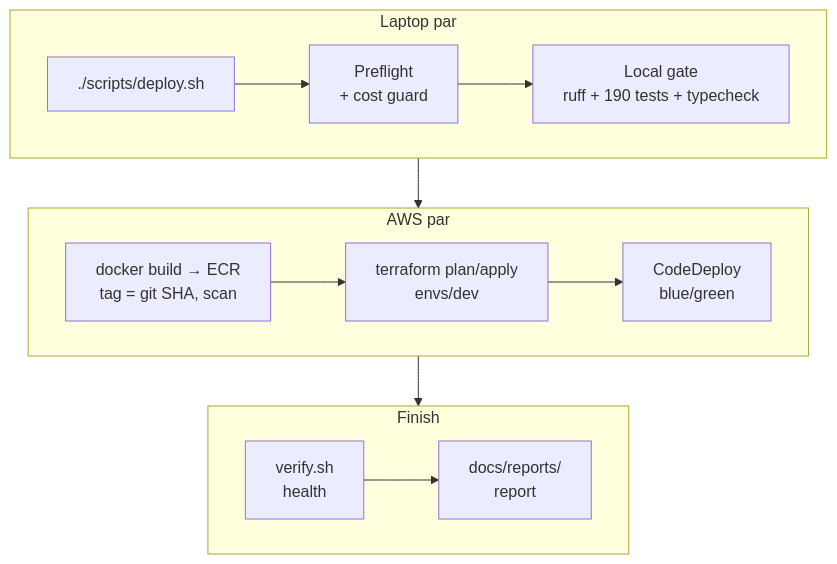
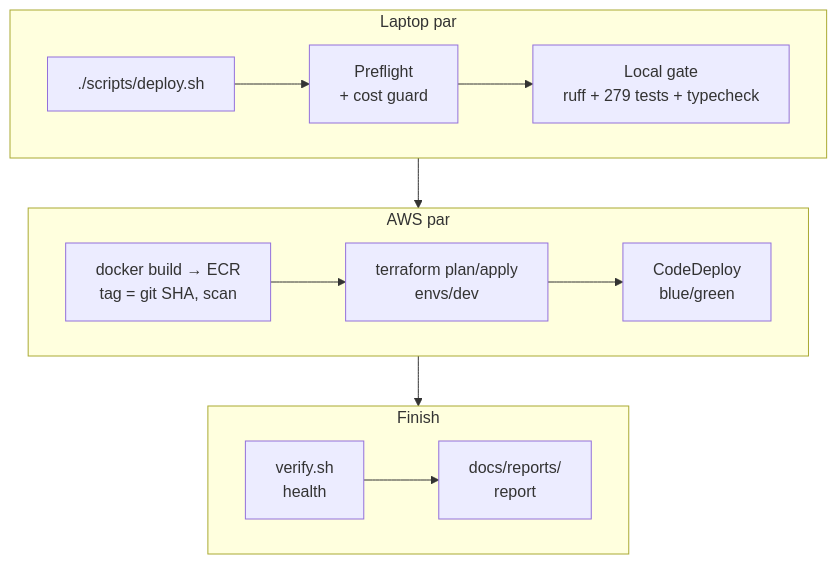
Diagram 11 of 16 in docs/handbook/ENTERPRISE_KNOWLEDGE_AUTOMATION_COMPLETE_HANDBOOK.md (Analyst-Parveen/Enterprise-Knowledge-Based-Automation), drawn with Mermaid before and after one commit. The commit also changed other lines of this file and 71 other files, not shown here.

````diff
--- a/docs/handbook/ENTERPRISE_KNOWLEDGE_AUTOMATION_COMPLETE_HANDBOOK.md
+++ b/docs/handbook/ENTERPRISE_KNOWLEDGE_AUTOMATION_COMPLETE_HANDBOOK.md
@@ -1419,16 +1579,16 @@
 ```mermaid
 flowchart TB
     subgraph D1[Laptop par]
       direction LR
-      DEV[./scripts/deploy.sh] --> P1[Preflight<br/>+ cost guard] --> P2[Local gate<br/>ruff + 190 tests + typecheck]
+      DEV[./scripts/deploy.sh] --> P1[Preflight<br/>+ cost guard] --> P2[Local gate<br/>ruff + 279 tests + typecheck]
     end
     subgraph D2[AWS par]
       direction LR
       P3[docker build → ECR<br/>tag = git SHA, scan] --> P4[terraform plan/apply<br/>envs/dev] --> P5[CodeDeploy<br/>blue/green]
     end
     subgraph D3[Finish]
       direction LR
       P6[verify.sh<br/>health] --> P7[docs/reports/<br/>report]
     end
     D1 --> D2 --> D3
 ```
````
